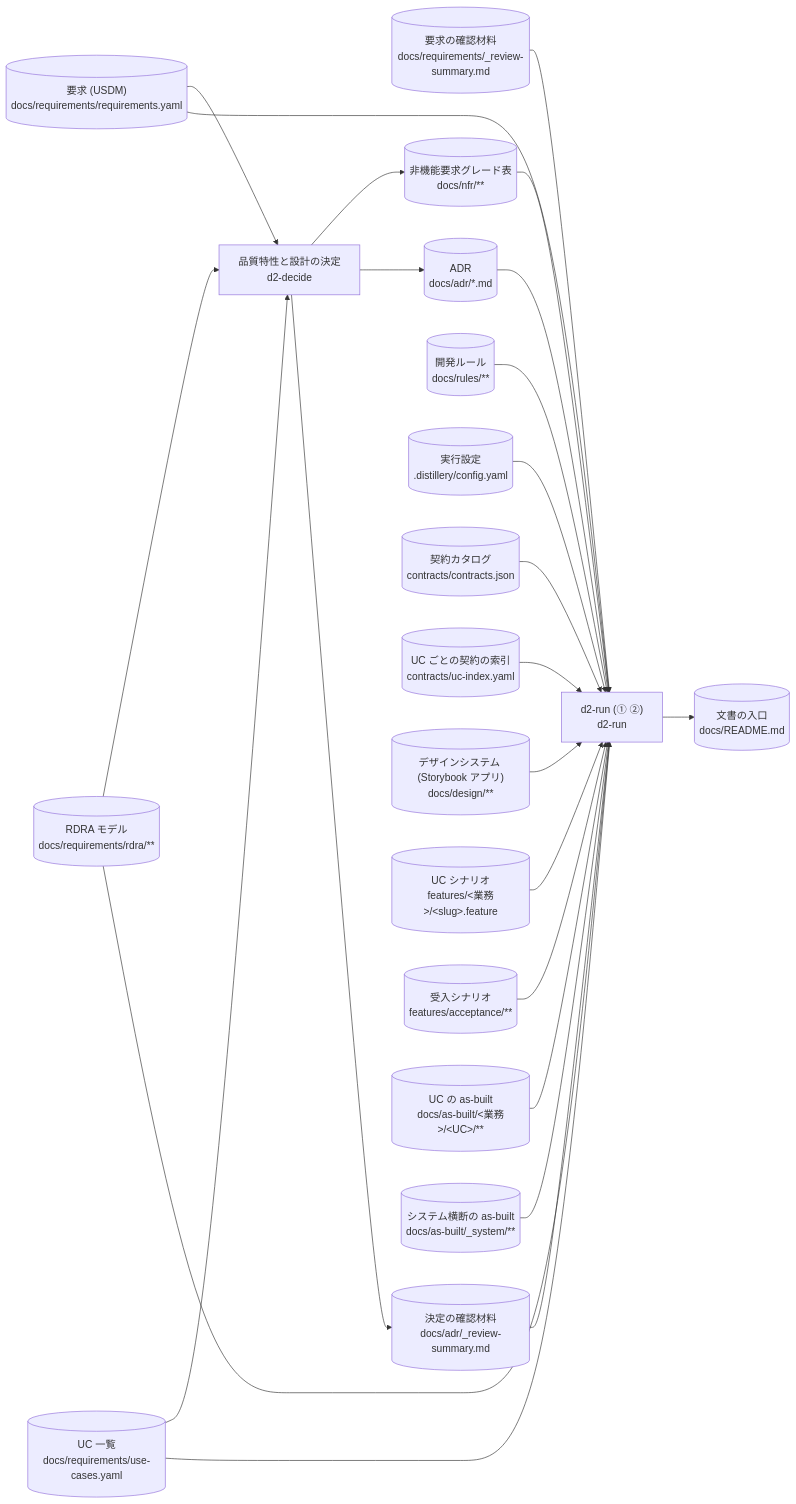
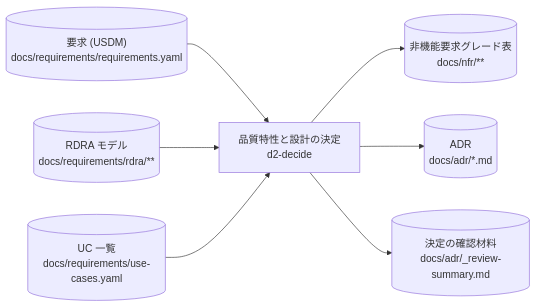
Before and after one commit to suwa-sh/suwa-sh-claude-plugins: the fifth of 40 diagrams in plugins/distillery2/skills/d2-common/references/dataflow.md, drawn with Mermaid. The commit also changed other lines of this file and 6 other files, not shown here.

First line of the commit message:
feat(distillery2): DFD の図を段階・処理ごとに分けて読める大きさにする (0.1.21)

````diff
--- a/plugins/distillery2/skills/d2-common/references/dataflow.md
+++ b/plugins/distillery2/skills/d2-common/references/dataflow.md
@@ -267,45 +156,16 @@
 ```mermaid
 flowchart LR
+  p_decide["品質特性と設計の決定<br/>d2-decide"]
   s_req_usdm[("要求 (USDM)<br/>docs/requirements/requirements.yaml")]
   s_req_rdra[("RDRA モデル<br/>docs/requirements/rdra/**")]
   s_use_cases[("UC 一覧<br/>docs/requirements/use-cases.yaml")]
-  s_req_review[("要求の確認材料<br/>docs/requirements/_review-summary.md")]
   s_nfr[("非機能要求グレード表<br/>docs/nfr/**")]
   s_adr[("ADR<br/>docs/adr/*.md")]
   s_adr_review[("決定の確認材料<br/>docs/adr/_review-summary.md")]
-  s_rules[("開発ルール<br/>docs/rules/**")]
-  s_config[("実行設定<br/>.distillery/config.yaml")]
-  s_contracts_catalog[("契約カタログ<br/>contracts/contracts.json")]
-  s_uc_index[("UC ごとの契約の索引<br/>contracts/uc-index.yaml")]
-  s_design[("デザインシステム (Storybook アプリ)<br/>docs/design/**")]
-  s_feature[("UC シナリオ<br/>features/#lt;業務#gt;/#lt;slug#gt;.feature")]
-  s_acceptance[("受入シナリオ<br/>features/acceptance/**")]
-  s_asbuilt_uc[("UC の as-built<br/>docs/as-built/#lt;業務#gt;/#lt;UC#gt;/**")]
-  s_asbuilt_system[("システム横断の as-built<br/>docs/as-built/_system/**")]
-  s_docs_readme[("文書の入口<br/>docs/README.md")]
-  p_decide["品質特性と設計の決定<br/>d2-decide"]
-  p_run_early["d2-run (① ②)<br/>d2-run"]
   s_req_usdm --> p_decide
   s_req_rdra --> p_decide
   s_use_cases --> p_decide
   p_decide --> s_nfr
   p_decide --> s_adr
   p_decide --> s_adr_review
-  s_req_review --> p_run_early
-  s_adr_review --> p_run_early
-  s_config --> p_run_early
-  s_req_rdra --> p_run_early
-  s_req_usdm --> p_run_early
-  s_use_cases --> p_run_early
-  s_feature --> p_run_early
-  s_acceptance --> p_run_early
-  s_contracts_catalog --> p_run_early
-  s_uc_index --> p_run_early
-  s_design --> p_run_early
-  s_asbuilt_system --> p_run_early
-  s_asbuilt_uc --> p_run_early
-  s_adr --> p_run_early
-  s_nfr --> p_run_early
-  s_rules --> p_run_early
-  p_run_early --> s_docs_readme
 ```
````
